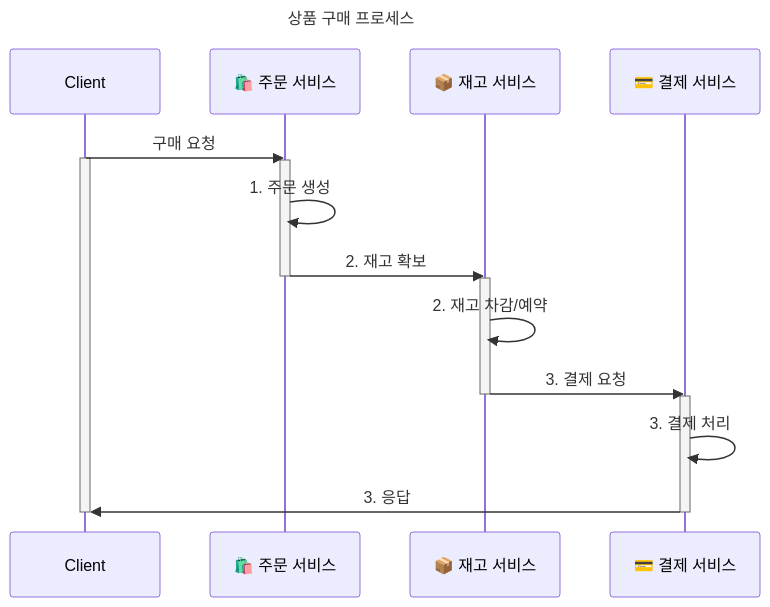
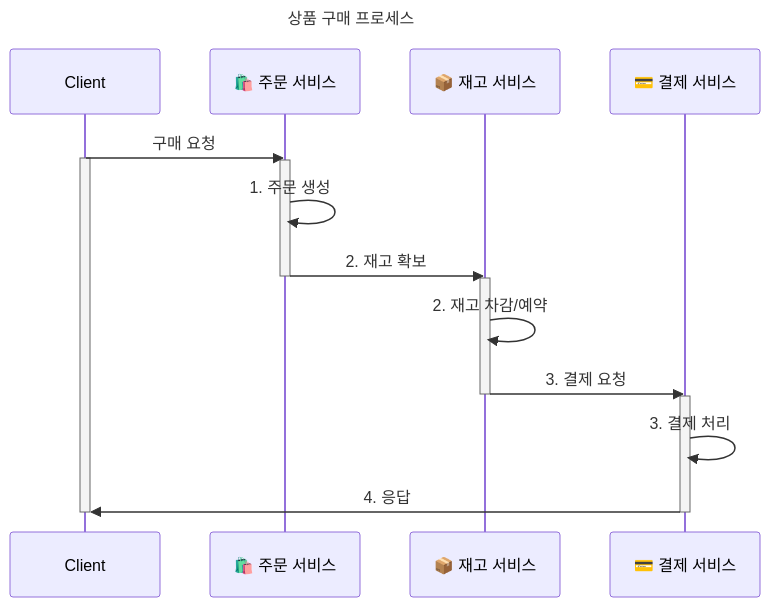
One commit to kimjunyoung90/saga-examples changed the diagram in README.md. Above: the diagram before and after it, drawn with Mermaid. The commit also changed other lines of this file, not shown here.

````diff
--- a/README.md
+++ b/README.md
@@ -26,31 +26,31 @@
 ```mermaid
 sequenceDiagram
     participant Client
     participant OS as 🛍️ 주문 서비스
     participant IS as 📦 재고 서비스
     participant PS as 💳 결제 서비스
 
     title 상품 구매 프로세스
 
     %% --- 성공 흐름 (왼쪽) ---
         Client->> OS: 구매 요청
         activate Client
     
         activate OS
         OS->>OS: 1. 주문 생성
         OS->>IS: 2. 재고 확보
         deactivate OS
 
         activate IS
         IS->>IS: 2. 재고 차감/예약
         IS->>PS: 3. 결제 요청
         deactivate IS
         
         activate PS
         PS->>PS: 3. 결제 처리
-        PS->>Client: 3. 응답
+        PS->>Client: 4. 응답
         deactivate PS
         
         
         deactivate Client
 ```
````
